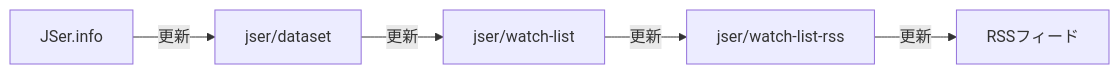
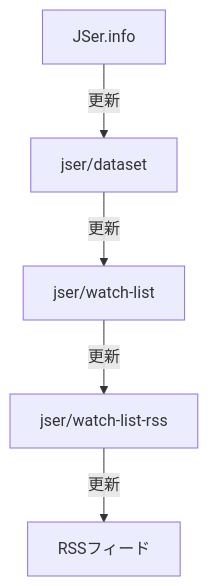
One commit to yamadashy-sandbox/watch-list-rss changed the diagram in README.md. Above: the diagram before and after it, drawn with Mermaid.

````diff
--- a/README.md
+++ b/README.md
@@ -22,7 +22,7 @@
 ```mermaid
-graph LR
+graph TD
   JSer.info -->|更新| jser/dataset
   jser/dataset -->|更新| jser/watch-list
   jser/watch-list -->|更新| jser/watch-list-rss
   jser/watch-list-rss -->|更新| RSSフィード
 ```
````
